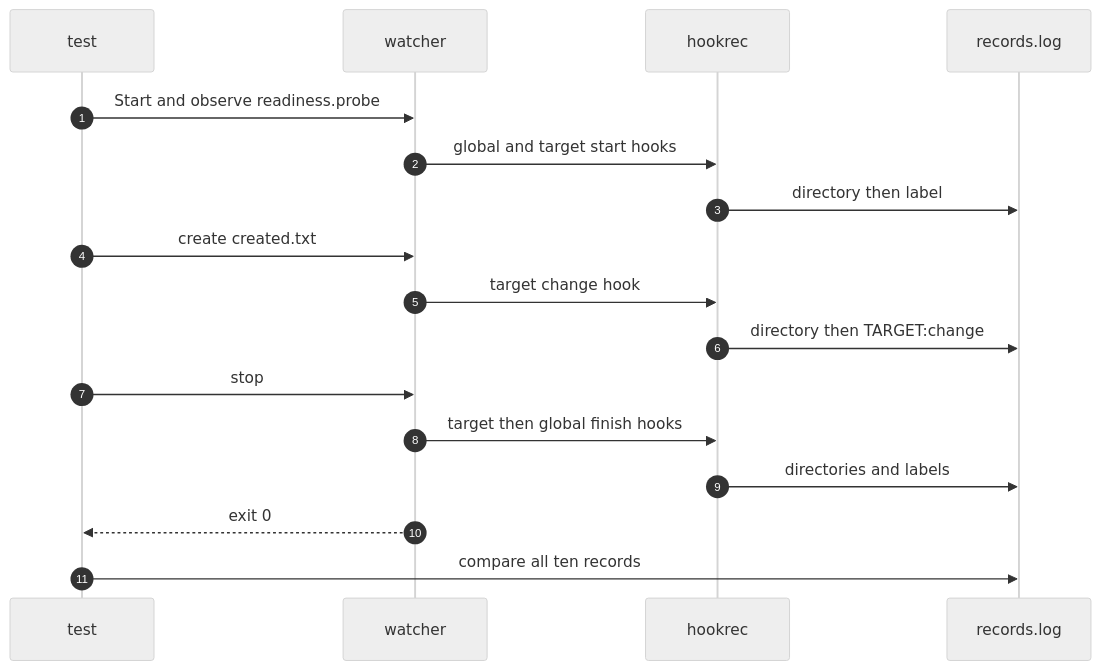
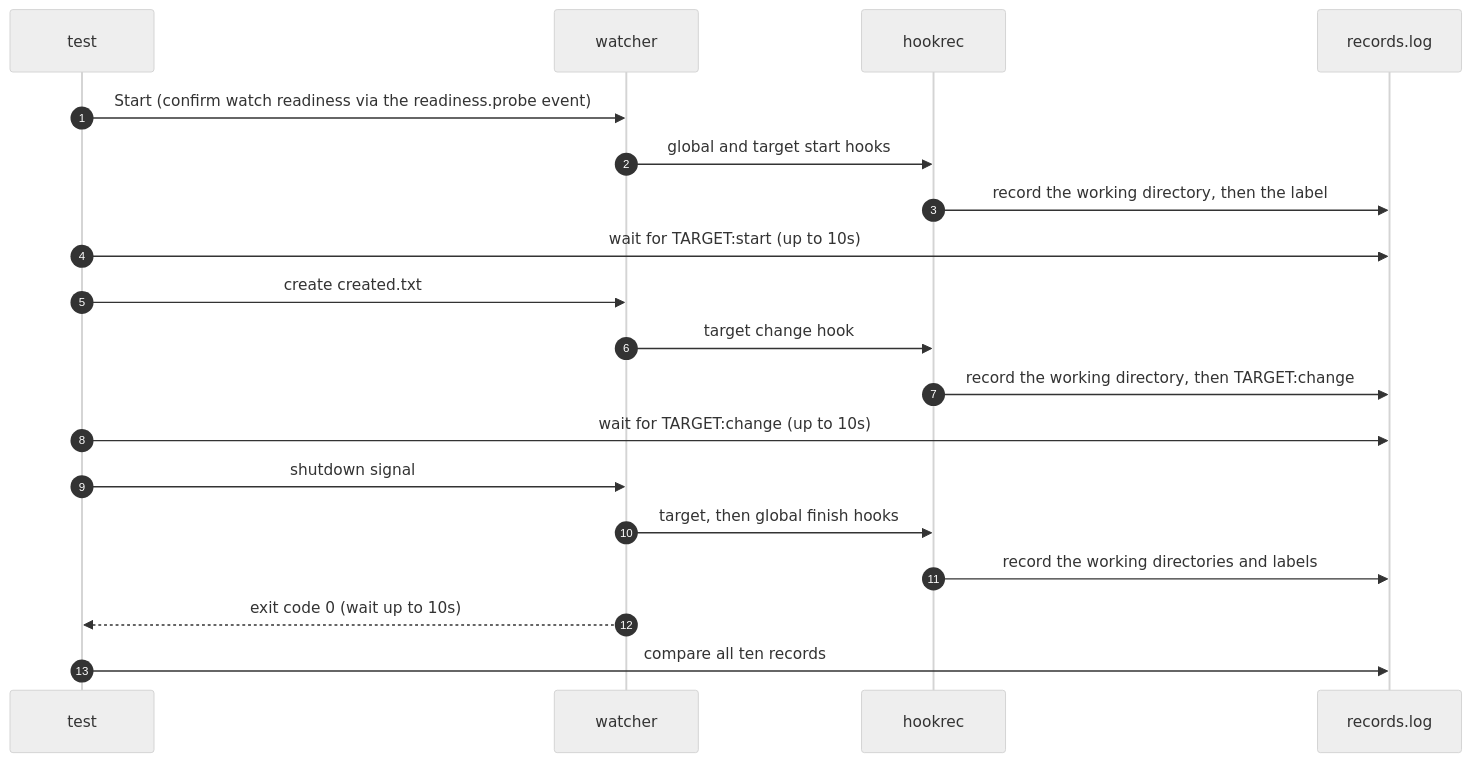
One commit to seungyeop-lee/directory-watcher changed the diagram in e2e/docs/scenarios/hook-working-directory.md. Above: the diagram before and after it, drawn with Mermaid (neutral theme). The commit also changed other lines of this file and 47 other files, not shown here.

````diff
--- a/e2e/docs/scenarios/hook-working-directory.md
+++ b/e2e/docs/scenarios/hook-working-directory.md
@@ -27,19 +27,21 @@
 ```mermaid
 sequenceDiagram
     autonumber
     participant testCode as test
     participant watcherProc as watcher
     participant hookProc as hookrec
     participant recordFile as records.log
-    testCode->>watcherProc: Start and observe readiness.probe
+    testCode->>watcherProc: Start (confirm watch readiness via the readiness.probe event)
     watcherProc->>hookProc: global and target start hooks
-    hookProc->>recordFile: directory then label
+    hookProc->>recordFile: record the working directory, then the label
+    testCode->>recordFile: wait for TARGET:start (up to 10s)
     testCode->>watcherProc: create created.txt
     watcherProc->>hookProc: target change hook
-    hookProc->>recordFile: directory then TARGET:change
-    testCode->>watcherProc: stop
-    watcherProc->>hookProc: target then global finish hooks
-    hookProc->>recordFile: directories and labels
-    watcherProc-->>testCode: exit 0
+    hookProc->>recordFile: record the working directory, then TARGET:change
+    testCode->>recordFile: wait for TARGET:change (up to 10s)
+    testCode->>watcherProc: shutdown signal
+    watcherProc->>hookProc: target, then global finish hooks
+    hookProc->>recordFile: record the working directories and labels
+    watcherProc-->>testCode: exit code 0 (wait up to 10s)
     testCode->>recordFile: compare all ten records
 ```
````
